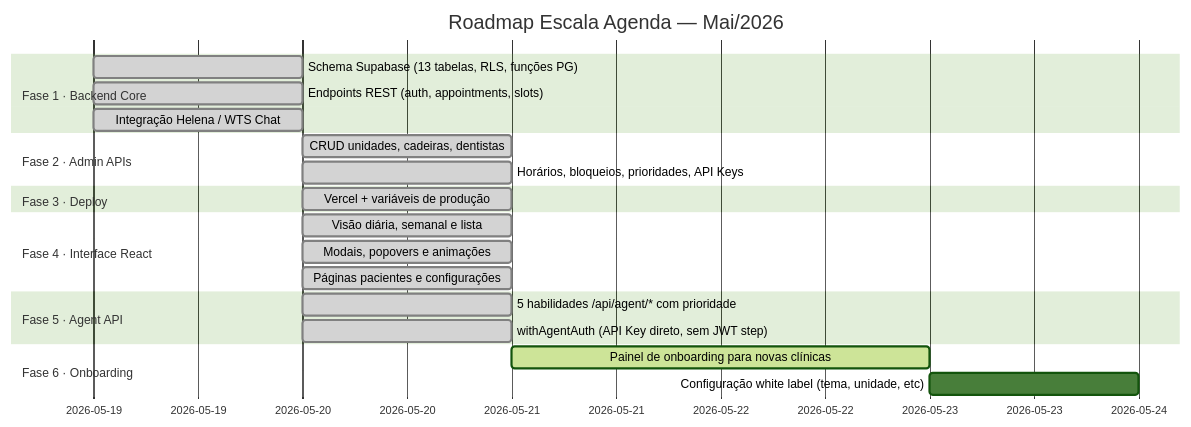
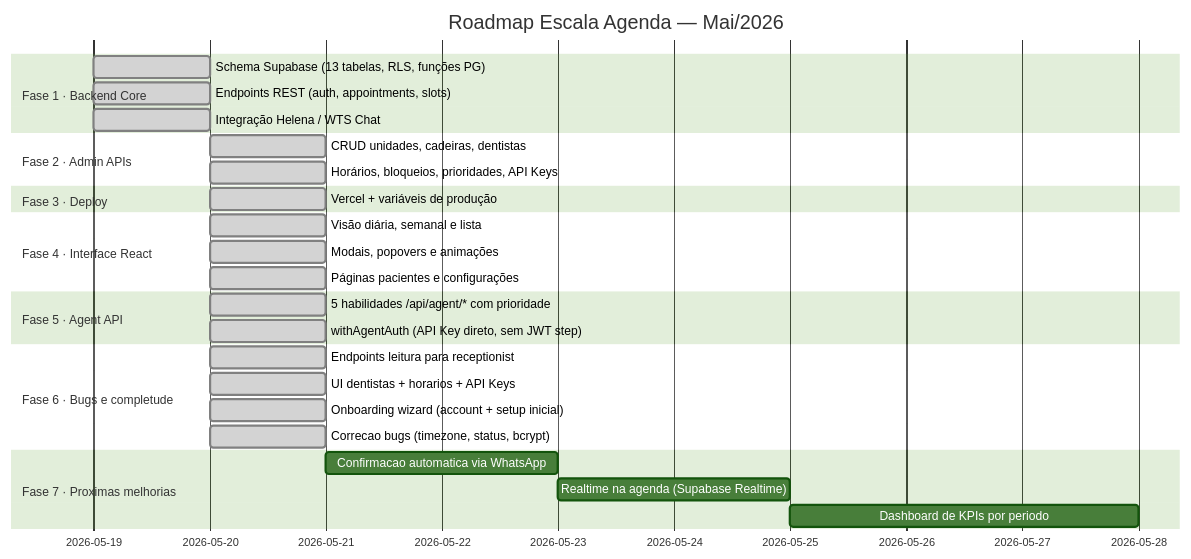
One commit to contactIA/Contact-Calendar changed the seventh of 7 diagrams in README.md. Above: the diagram before and after it, drawn with Mermaid (forest theme). The commit also changed other lines of this file and 13 other files, not shown here.

````diff
--- a/README.md
+++ b/README.md
@@ -558,30 +581,37 @@
 ```mermaid
 gantt
     title Roadmap Escala Agenda — Mai/2026
     dateFormat  YYYY-MM-DD
 
     section Fase 1 · Backend Core
     Schema Supabase (13 tabelas, RLS, funções PG)  :done, 2026-05-19, 1d
     Endpoints REST (auth, appointments, slots)      :done, 2026-05-19, 1d
     Integração Helena / WTS Chat                   :done, 2026-05-19, 1d
 
     section Fase 2 · Admin APIs
     CRUD unidades, cadeiras, dentistas             :done, 2026-05-20, 1d
     Horários, bloqueios, prioridades, API Keys     :done, 2026-05-20, 1d
 
     section Fase 3 · Deploy
     Vercel + variáveis de produção                 :done, 2026-05-20, 1d
 
     section Fase 4 · Interface React
     Visão diária, semanal e lista                  :done, 2026-05-20, 1d
     Modais, popovers e animações                   :done, 2026-05-20, 1d
     Páginas pacientes e configurações              :done, 2026-05-20, 1d
 
     section Fase 5 · Agent API
     5 habilidades /api/agent/* com prioridade      :done, 2026-05-20, 1d
     withAgentAuth (API Key direto, sem JWT step)   :done, 2026-05-20, 1d
 
-    section Fase 6 · Onboarding
-    Painel de onboarding para novas clínicas       :active, 2026-05-21, 2d
-    Configuração white label (tema, unidade, etc)  :2026-05-23, 1d
+    section Fase 6 · Bugs e completude
+    Endpoints leitura para receptionist            :done, 2026-05-20, 1d
+    UI dentistas + horarios + API Keys             :done, 2026-05-20, 1d
+    Onboarding wizard (account + setup inicial)    :done, 2026-05-20, 1d
+    Correcao bugs (timezone, status, bcrypt)       :done, 2026-05-20, 1d
+
+    section Fase 7 · Proximas melhorias
+    Confirmacao automatica via WhatsApp            :2026-05-21, 2d
+    Realtime na agenda (Supabase Realtime)         :2026-05-23, 2d
+    Dashboard de KPIs por periodo                  :2026-05-25, 3d
 ```
````
